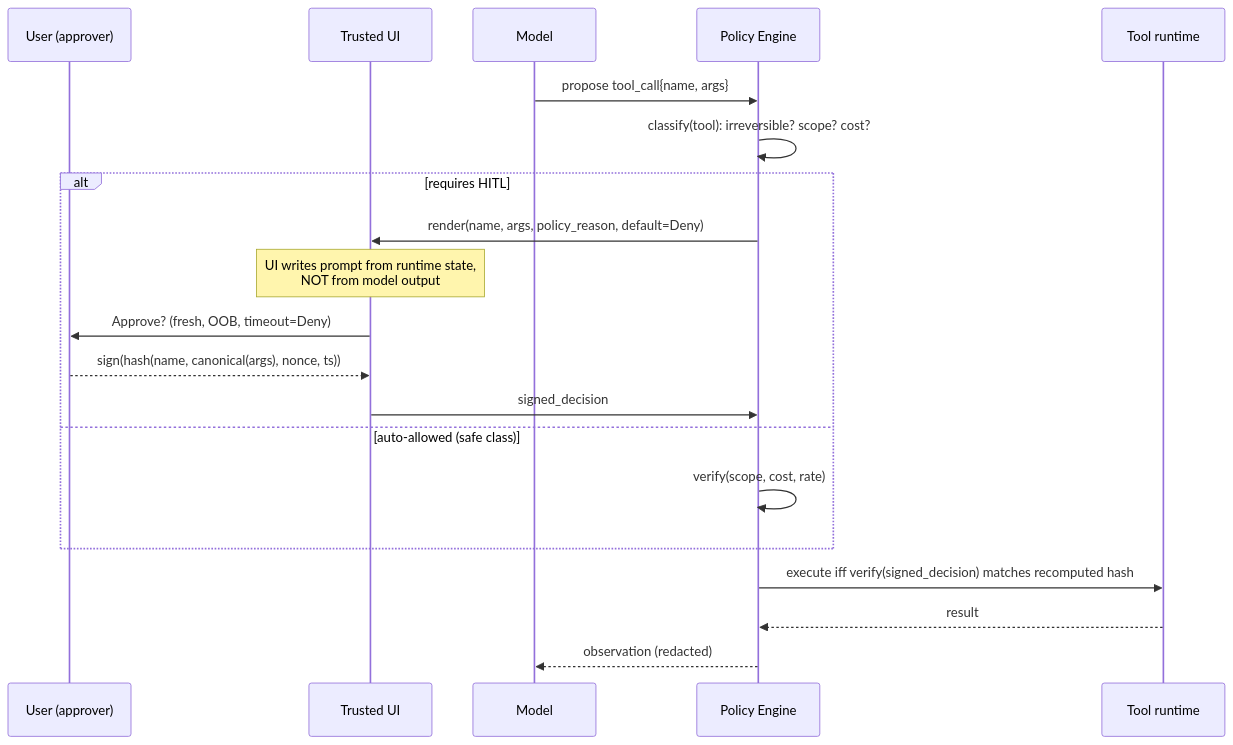
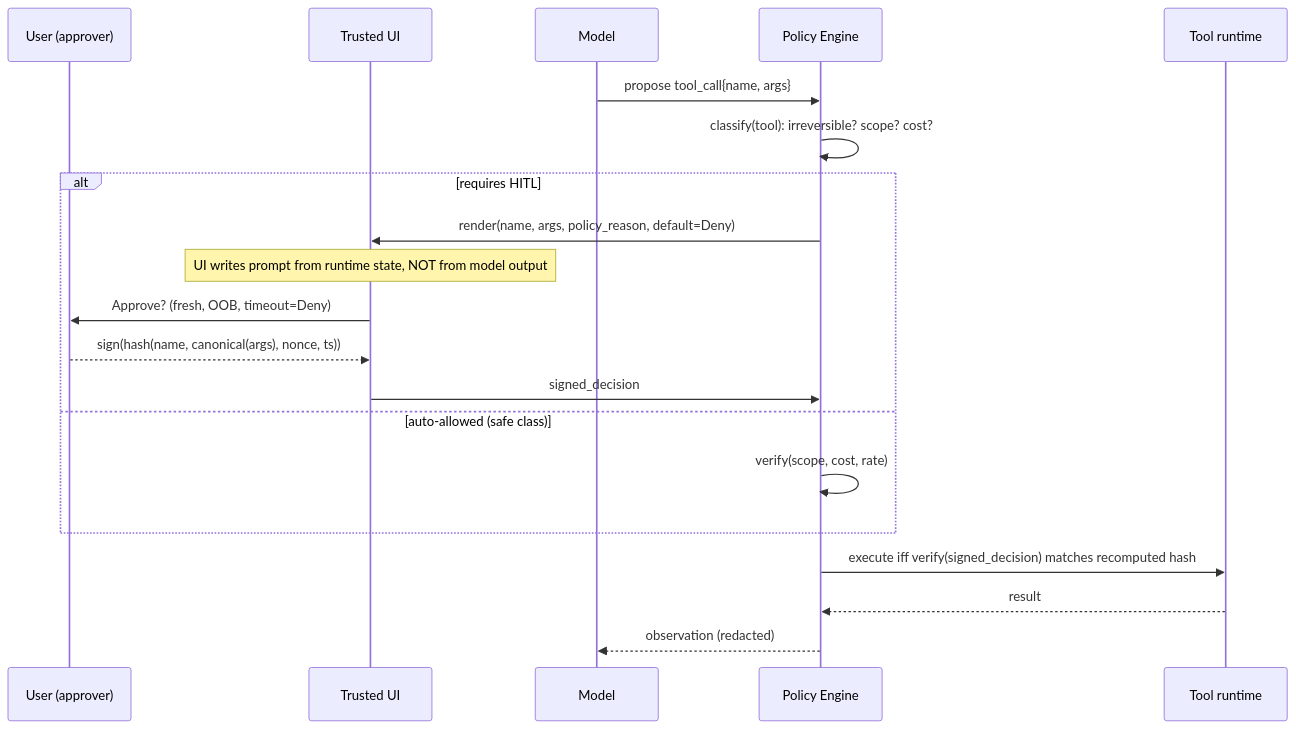
The diagram in docs/47-hitl-bypass.md (rcha0s/awesome-appsec-interview), drawn with Mermaid before and after one commit. The commit also changed 15 other files, not shown here.

First line of the commit message:
fix(mermaid): replace <br/> in sequenceDiagram Note statements to fix GitHub parse errors

````diff
--- a/docs/47-hitl-bypass.md
+++ b/docs/47-hitl-bypass.md
@@ -54,23 +54,23 @@
 ```mermaid
 sequenceDiagram
     participant U as User (approver)
     participant UI as Trusted UI
     participant M as Model
     participant P as Policy Engine
     participant T as Tool runtime
 
     M->>P: propose tool_call{name, args}
     P->>P: classify(tool): irreversible? scope? cost?
     alt requires HITL
         P->>UI: render(name, args, policy_reason, default=Deny)
-        Note over UI: UI writes prompt from runtime state,<br/>NOT from model output
+        Note over UI: UI writes prompt from runtime state, NOT from model output
         UI->>U: Approve? (fresh, OOB, timeout=Deny)
         U-->>UI: sign(hash(name, canonical(args), nonce, ts))
         UI->>P: signed_decision
     else auto-allowed (safe class)
         P->>P: verify(scope, cost, rate)
     end
     P->>T: execute iff verify(signed_decision) matches recomputed hash
     T-->>P: result
     P-->>M: observation (redacted)
 ```
````
